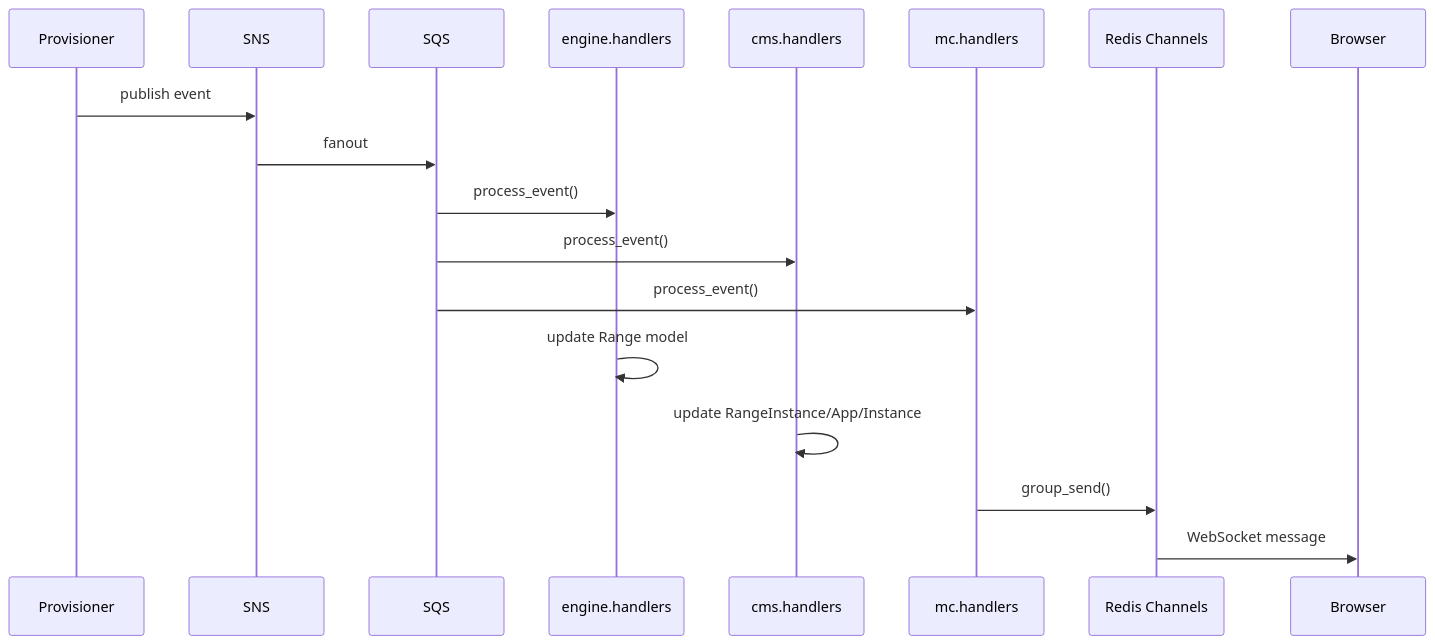
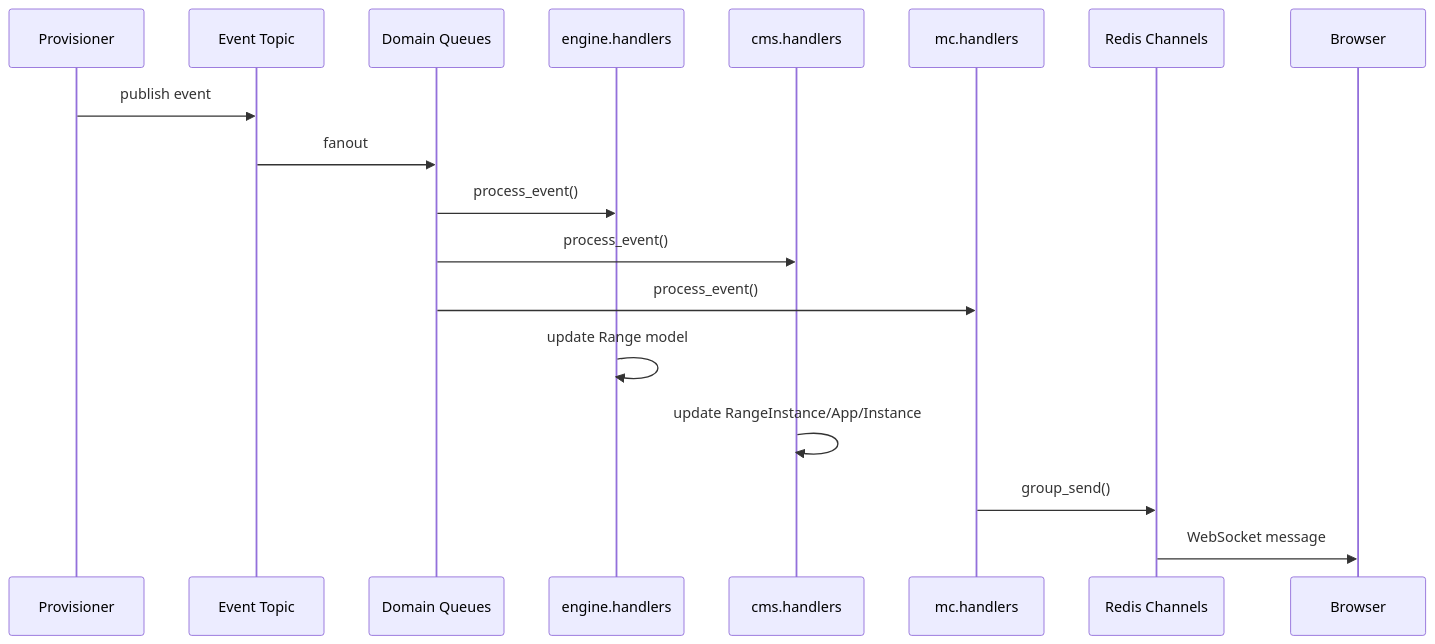
Before and after one commit to PaloAltoNetworks/shifter: the third of 3 diagrams in shifter/shifter_platform/documentation/docs/technical/shifter_platform/index.md, drawn with Mermaid. The commit also changed other lines of this file and 72 other files, not shown here.

````diff
--- a/shifter/shifter_platform/documentation/docs/technical/shifter_platform/index.md
+++ b/shifter/shifter_platform/documentation/docs/technical/shifter_platform/index.md
@@ -73,21 +73,21 @@
 ```mermaid
 sequenceDiagram
     participant P as Provisioner
-    participant SNS as SNS
-    participant SQS as SQS
+    participant T as Event Topic
+    participant Q as Domain Queues
     participant ENG as engine.handlers
     participant CMS as cms.handlers
     participant MC as mc.handlers
     participant R as Redis Channels
     participant B as Browser
 
-    P->>SNS: publish event
-    SNS->>SQS: fanout
-    SQS->>ENG: process_event()
-    SQS->>CMS: process_event()
-    SQS->>MC: process_event()
+    P->>T: publish event
+    T->>Q: fanout
+    Q->>ENG: process_event()
+    Q->>CMS: process_event()
+    Q->>MC: process_event()
     ENG->>ENG: update Range model
     CMS->>CMS: update RangeInstance/App/Instance
     MC->>R: group_send()
     R->>B: WebSocket message
 ```
````
